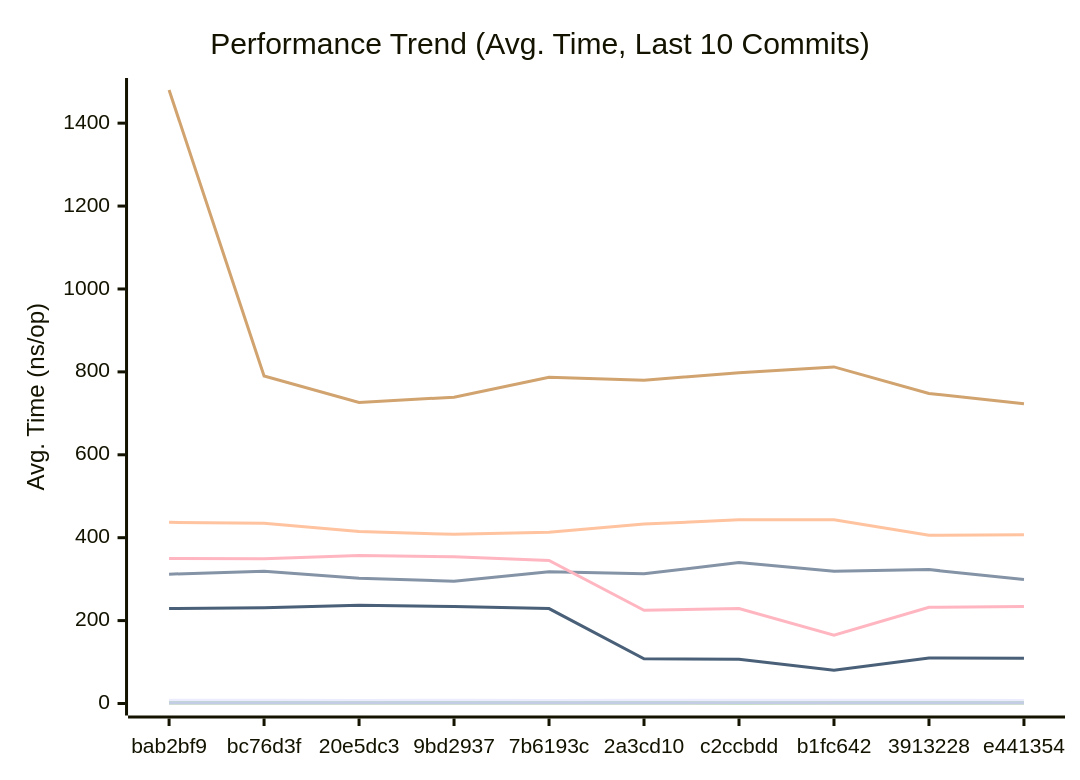
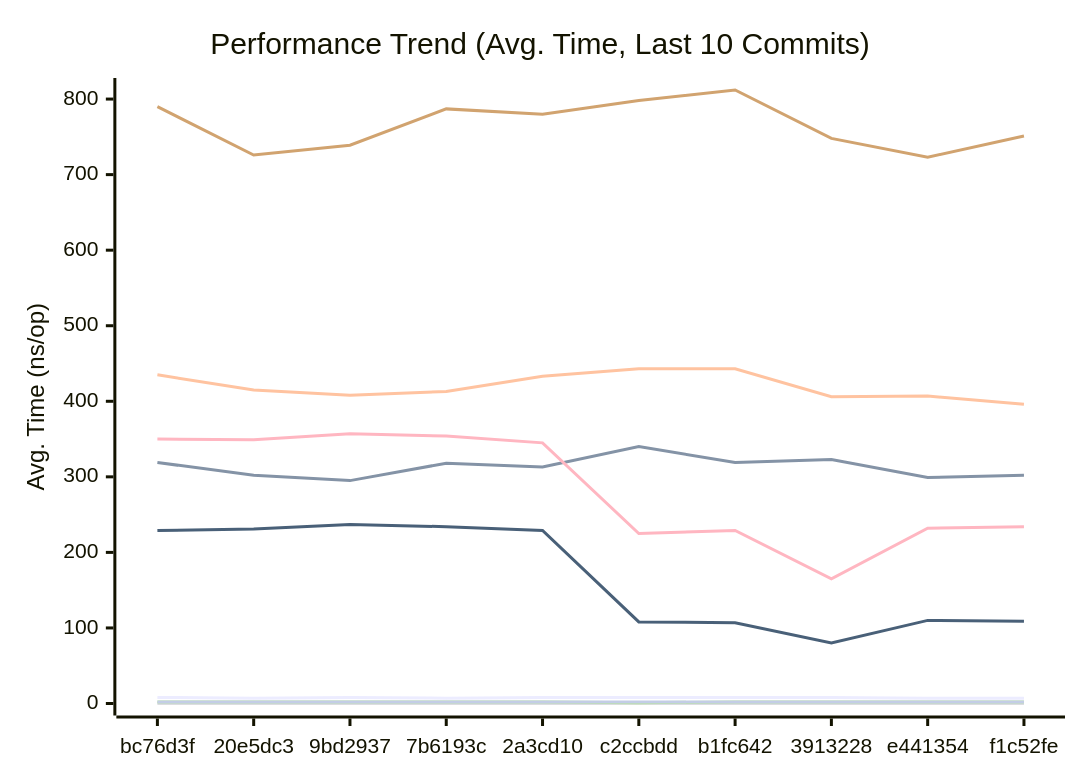
Before and after one commit to alsotoes/momo: the first of 3 diagrams in docs/PERFORMANCE.md, drawn with Mermaid. The commit also changed other lines of this file and 2 other files, not shown here.

````diff
--- a/docs/PERFORMANCE.md
+++ b/docs/PERFORMANCE.md
@@ -80,16 +80,16 @@
 ```mermaid
 xychart-beta
     title "Performance Trend (Avg. Time, Last 10 Commits)"
     x-axis "Commit"
     y-axis "Avg. Time (ns/op)"
-    x-axis [bab2bf9,bc76d3f,20e5dc3,9bd2937,7b6193c,2a3cd10,c2ccbdd,b1fc642,3913228,e441354]
-    line "CheckMetricsAndSwap" [8,8,7,8,7,8,8,8,8,7]
-    line "CrushOptimized" [312,319,302,295,318,313,340,319,323,299]
-    line "CrushOriginal" [437,435,415,408,413,433,443,443,406,407]
+    x-axis [bc76d3f,20e5dc3,9bd2937,7b6193c,2a3cd10,c2ccbdd,b1fc642,3913228,e441354,f1c52fe]
+    line "CheckMetricsAndSwap" [8,7,8,7,8,8,8,8,7,7]
+    line "CrushOptimized" [319,302,295,318,313,340,319,323,299,302]
+    line "CrushOriginal" [435,415,408,413,433,443,443,406,407,396]
     line "IndexDirectTracking" [0,0,0,0,0,0,0,0,0,0]
-    line "IndexSearch" [2,2,2,2,2,2,1,2,2,2]
-    line "LoadGlobalConfig" [1480,790,726,739,787,780,798,812,748,723]
+    line "IndexSearch" [2,2,2,2,2,1,2,2,2,2]
+    line "LoadGlobalConfig" [790,726,739,787,780,798,812,748,723,751]
     line "PadString" [2,2,2,2,2,2,2,2,2,2]
     line "ParseReplicationOrder_NoPrealloc" [350,349,357,354,345,225,229,165,232,234]
     line "ParseReplicationOrder_Prealloc" [229,231,237,234,229,108,107,80,110,109]
 ```
````
